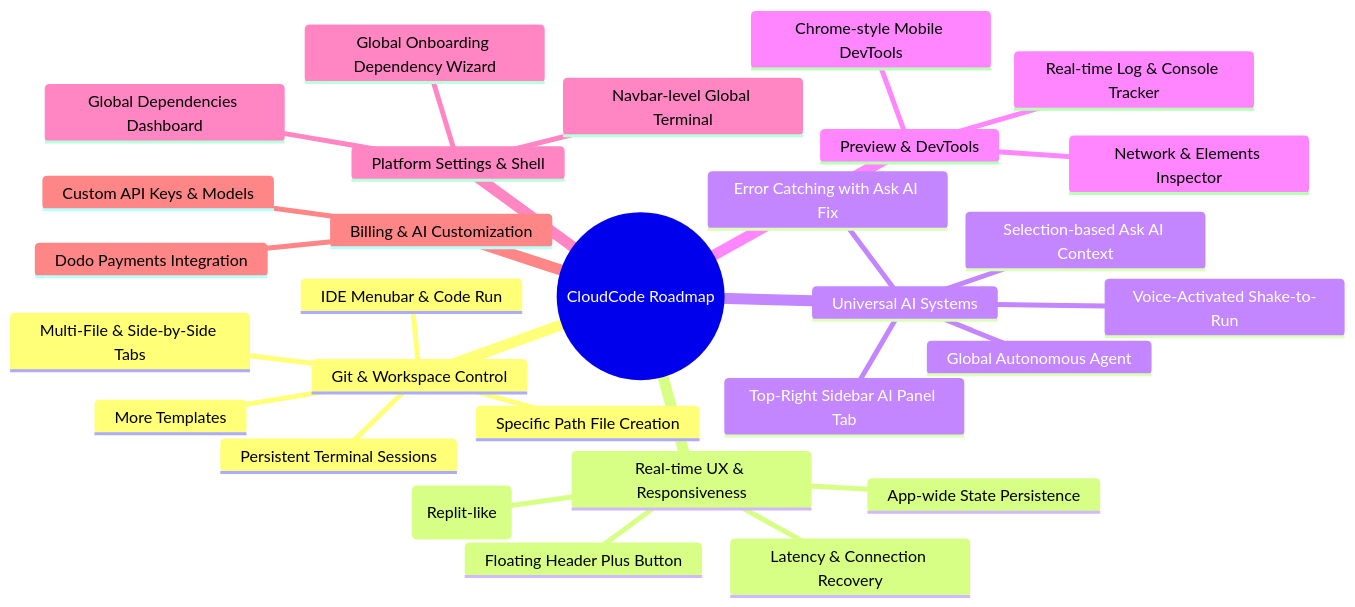
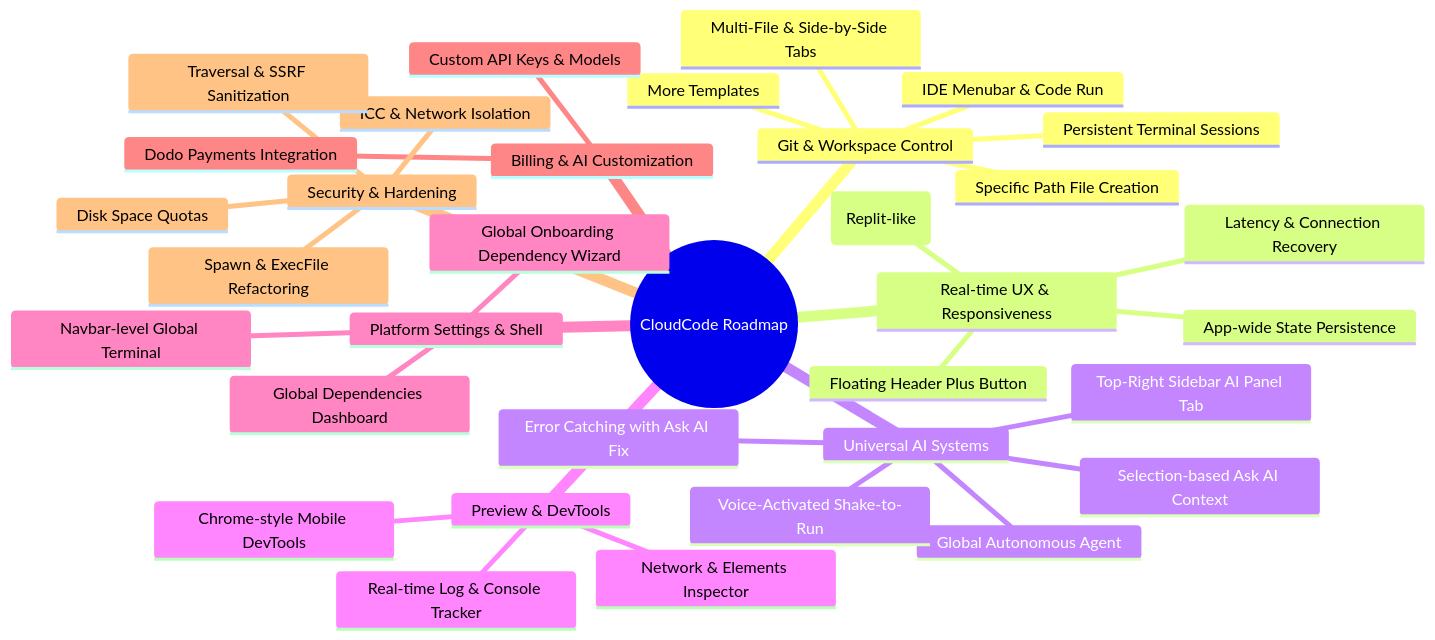
One commit to Charannsai/cloudcode changed the first of 2 diagrams in upcoming_features.md. Above: the diagram before and after it, drawn with Mermaid. The commit also changed other lines of this file, not shown here.

Commit message:
feat: add roadmap documentation for upcoming security hardening and vulnerability mitigation strategies

````diff
--- a/upcoming_features.md
+++ b/upcoming_features.md
@@ -9,32 +9,37 @@
 ```mermaid
 mindmap
   root((CloudCode Roadmap))
     Git & Workspace Control
       Persistent Terminal Sessions
       Multi-File & Side-by-Side Tabs
       Specific Path File Creation
       More Templates
       IDE Menubar & Code Run
     Real-time UX & Responsiveness
       App-wide State Persistence
       Floating Header Plus Button
       Latency & Connection Recovery
       Minimalist Glassmorphism (Replit-like)
     Universal AI Systems
       Global Autonomous Agent
       Selection-based Ask AI Context
       Top-Right Sidebar AI Panel Tab
       Error Catching with Ask AI Fix
       Voice-Activated Shake-to-Run
     Preview & DevTools
       Chrome-style Mobile DevTools
       Real-time Log & Console Tracker
       Network & Elements Inspector
     Platform Settings & Shell
       Global Onboarding Dependency Wizard
       Global Dependencies Dashboard
       Navbar-level Global Terminal
     Billing & AI Customization
       Dodo Payments Integration
       Custom API Keys & Models
+    Security & Hardening
+      ICC & Network Isolation
+      Disk Space Quotas
+      Spawn & ExecFile Refactoring
+      Traversal & SSRF Sanitization
 ```
````
